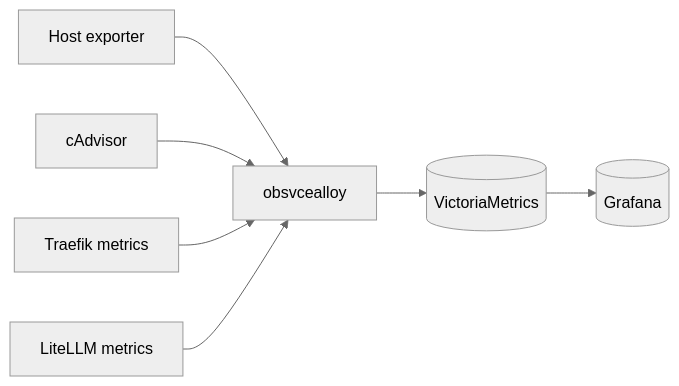
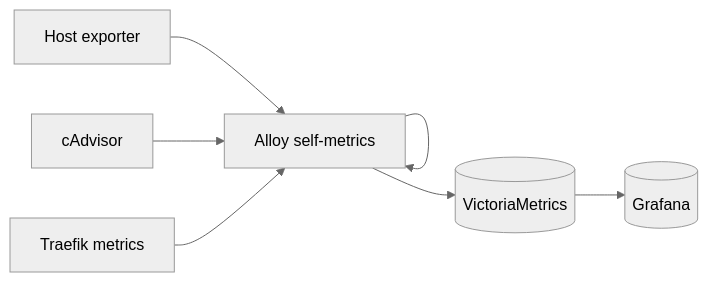
Before and after one commit to yongxinL/servicehub: the fifth of 7 diagrams in docs/architecture/DATA-FLOW.md, drawn with Mermaid (neutral theme). The commit also changed other lines of this file and 11 other files, not shown here.

````diff
--- a/docs/architecture/DATA-FLOW.md
+++ b/docs/architecture/DATA-FLOW.md
@@ -112,9 +112,9 @@
 ```mermaid
 flowchart LR
     Host[Host exporter] --> Alloy[obsvcealloy]
     Containers[cAdvisor] --> Alloy
     Traefik[Traefik metrics] --> Alloy
-    LiteLLM[LiteLLM metrics] --> Alloy
+    Alloy[Alloy self-metrics] --> Alloy
     Alloy --> VM[(VictoriaMetrics)]
     VM --> Grafana[(Grafana)]
 ```
````
